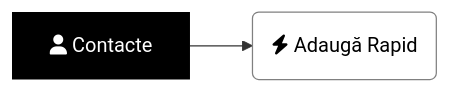
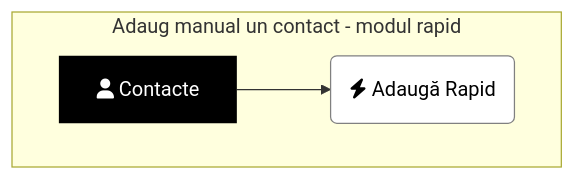
One commit to IonutOjicaDE/IonutOjicaDE.github.io changed the first of 2 diagrams in _posts/2024-03-06-contacte-adaug.md. Above: the diagram before and after it, drawn with Mermaid. The commit also changed other lines of this file and 26 other files, not shown here.

Commit message:
adaugat autor, corectat mermaid

````diff
--- a/_posts/2024-03-06-contacte-adaug.md
+++ b/_posts/2024-03-06-contacte-adaug.md
@@ -12,6 +13,9 @@
 ```mermaid
-flowchart LR
+flowchart
+  subgraph Adaug manual un contact - modul rapid
+    direction LR
     A[fas:fa-user Contacte] --> B(fas:fa-bolt Adaugă Rapid)
     style A fill:black,color:white,stroke-width:0
     style B fill:white,color:black,stroke:grey
+  end
 ```
````
